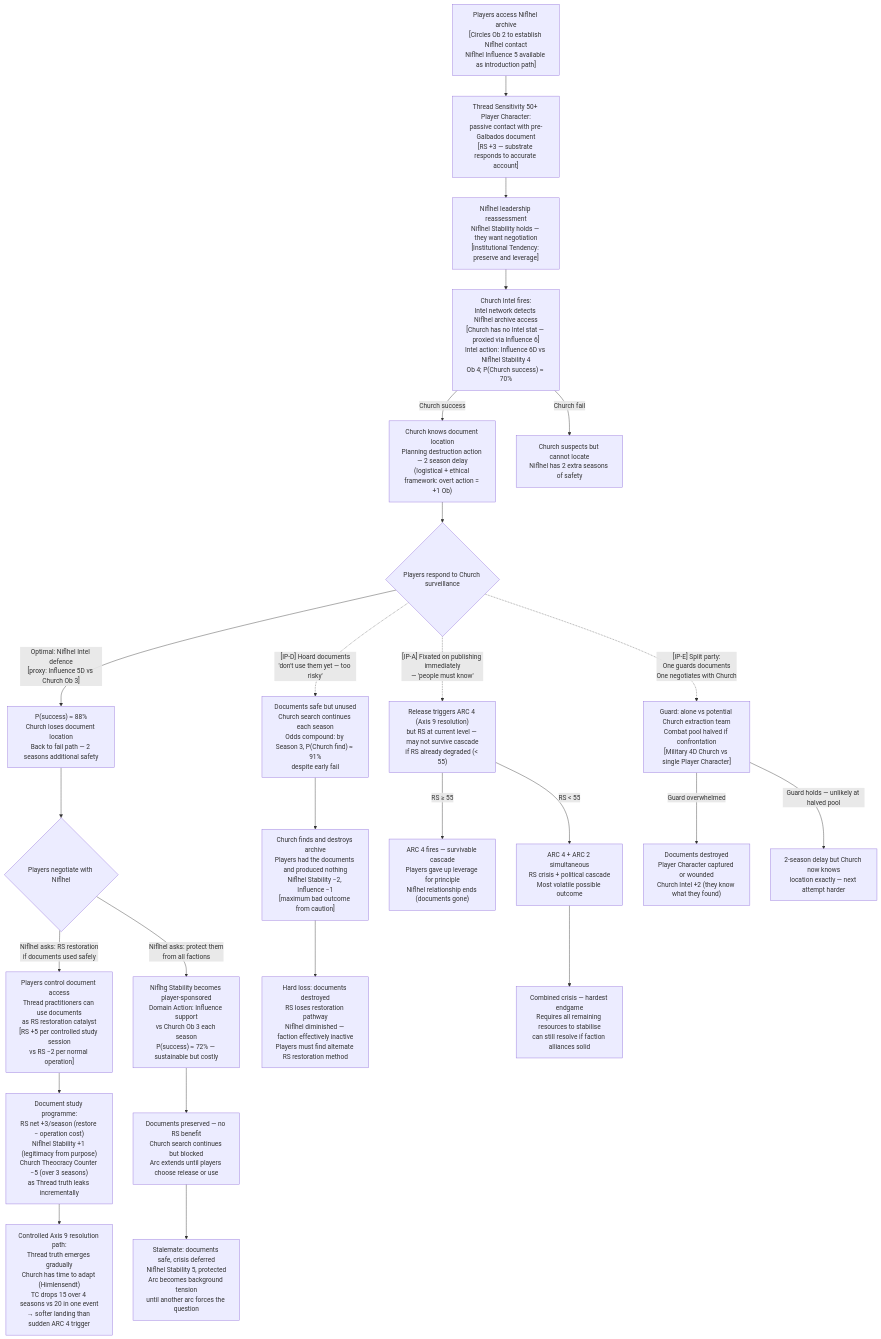
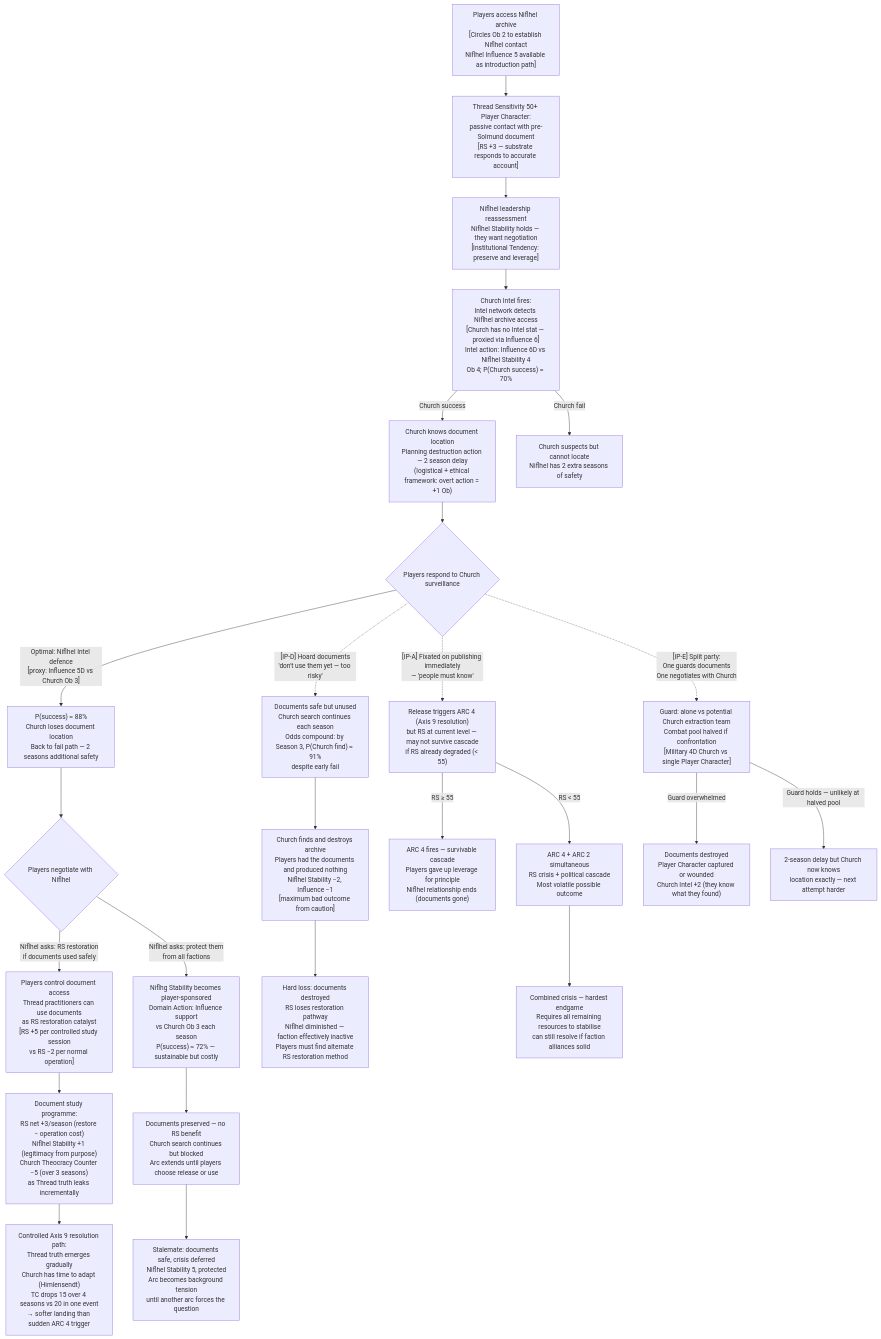
Before and after one commit to jordanelias/ttrpg: the fifth of 5 diagrams in tests/sim_arc_01_irrational_player_arcs.md, drawn with Mermaid. The commit also changed other lines of this file and 21 other files, not shown here.

Commit message:
[cleanup] rename Galbados → Solmund (batch 2/2) — 22 files

````diff
--- a/tests/sim_arc_01_irrational_player_arcs.md
+++ b/tests/sim_arc_01_irrational_player_arcs.md
@@ -291,34 +291,34 @@
 ```mermaid
 flowchart TD
     A["Players access Niflhel archive\n[Circles Ob 2 to establish Niflhel contact\nNiflhel Influence 5 available as introduction path]"]
-    A --> B["Thread Sensitivity 50+ Player Character:\npassive contact with pre-Galbados document\n[RS +3 — substrate responds to accurate account]"]
+    A --> B["Thread Sensitivity 50+ Player Character:\npassive contact with pre-Solmund document\n[RS +3 — substrate responds to accurate account]"]
     B --> C["Niflhel leadership reassessment\nNiflhel Stability holds — they want negotiation\n[Institutional Tendency: preserve and leverage]"]
     C --> D["Church Intel fires:\nIntel network detects Niflhel archive access\n[Church has no Intel stat — proxied via Influence 6]\nIntel action: Influence 6D vs Niflhel Stability 4\nOb 4; P(Church success) ≈ 70%"]
     D -->|"Church success"| E["Church knows document location\nPlanning destruction action — 2 season delay\n(logistical + ethical framework: overt action = +1 Ob)"]
     D -->|"Church fail"| F["Church suspects but cannot locate\nNiflhel has 2 extra seasons of safety"]
 
     E --> G{Players respond to Church surveillance}
     G -->|"Optimal: Niflhel Intel defence\n[proxy: Influence 5D vs Church Ob 3]"| H["P(success) ≈ 88%\nChurch loses document location\nBack to fail path — 2 seasons additional safety"]
     G -.->|"[IP-D] Hoard documents\n'don't use them yet — too risky'"| I["Documents safe but unused\nChurch search continues each season\nOdds compound: by Season 3, P(Church find) ≈ 91%\ndespite early fail"]
     I --> J["Church finds and destroys archive\nPlayers had the documents and produced nothing\nNiflhel Stability −2, Influence −1\n[maximum bad outcome from caution]"]
 
     G -.->|"[IP-A] Fixated on publishing immediately\n— 'people must know'"| K["Release triggers ARC 4 (Axis 9 resolution)\nbut RS at current level — may not survive cascade\nif RS already degraded (< 55)"]
     K -->|"RS ≥ 55"| L["ARC 4 fires — survivable cascade\nPlayers gave up leverage for principle\nNiflhel relationship ends (documents gone)"]
     K -->|"RS < 55"| M["ARC 4 + ARC 2 simultaneous\nRS crisis + political cascade\nMost volatile possible outcome"]
 
     G -.->|"[IP-E] Split party:\nOne guards documents\nOne negotiates with Church"| N["Guard: alone vs potential Church extraction team\nCombat pool halved if confrontation\n[Military 4D Church vs single Player Character]"]
     N -->|"Guard overwhelmed"| O["Documents destroyed\nPlayer Character captured or wounded\nChurch Intel +2 (they know what they found)"]
     N -->|"Guard holds — unlikely at halved pool"| P["2-season delay but Church now knows\nlocation exactly — next attempt harder"]
 
     H --> Q{Players negotiate with Niflhel}
     Q -->|"Niflhel asks: RS restoration\nif documents used safely"| R["Players control document access\nThread practitioners can use documents\nas RS restoration catalyst\n[RS +5 per controlled study session\nvs RS −2 per normal operation]"]
     Q -->|"Niflhel asks: protect them\nfrom all factions"| S["Niflhg Stability becomes player-sponsored\nDomain Action: Influence support\nvs Church Ob 3 each season\nP(success) ≈ 72% — sustainable but costly"]
 
     R --> T["Document study programme:\nRS net +3/season (restore − operation cost)\nNiflhel Stability +1 (legitimacy from purpose)\nChurch Theocracy Counter −5 (over 3 seasons)\nas Thread truth leaks incrementally"]
     S --> U["Documents preserved — no RS benefit\nChurch search continues but blocked\nArc extends until players choose release or use"]
 
     T --> V["Controlled Axis 9 resolution path:\nThread truth emerges gradually\nChurch has time to adapt (Himlensendt)\nTC drops 15 over 4 seasons vs 20 in one event\n→ softer landing than sudden ARC 4 trigger"]
     U --> W["Stalemate: documents safe, crisis deferred\nNiflhel Stability 5, protected\nArc becomes background tension\nuntil another arc forces the question"]
     J --> X["Hard loss: documents destroyed\nRS loses restoration pathway\nNiflhel diminished — faction effectively inactive\nPlayers must find alternate RS restoration method"]
     M --> Y["Combined crisis — hardest endgame\nRequires all remaining resources to stabilise\ncan still resolve if faction alliances solid"]
 ```
````
